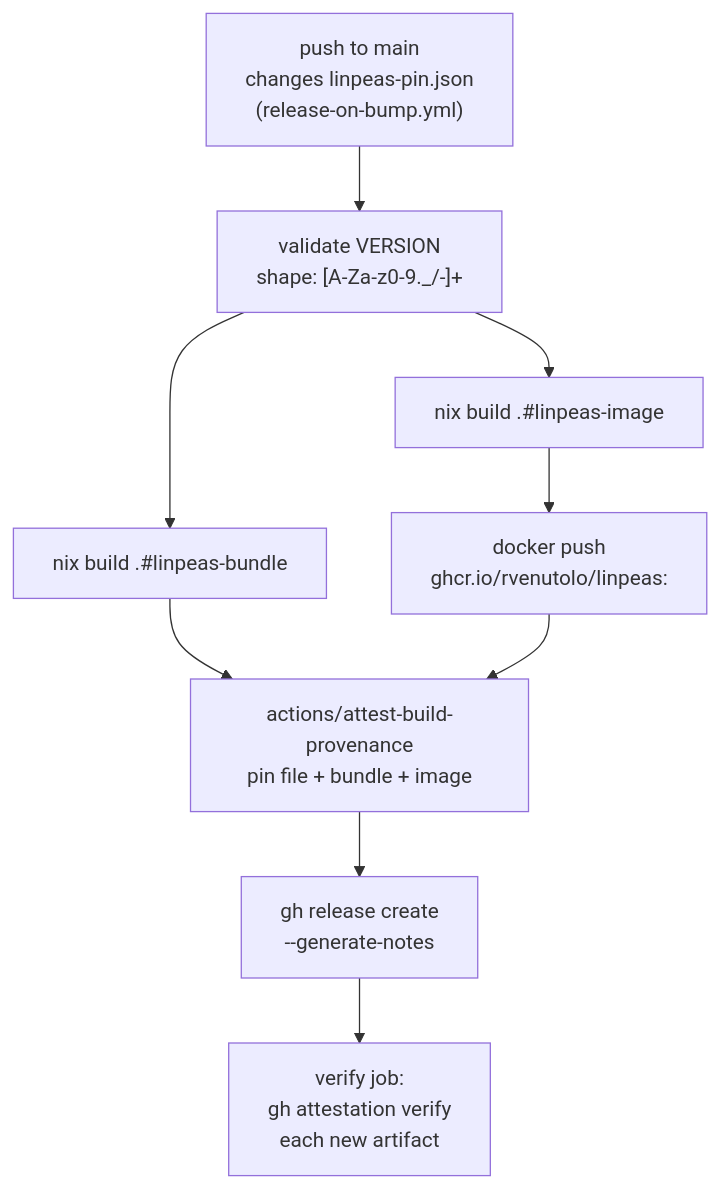
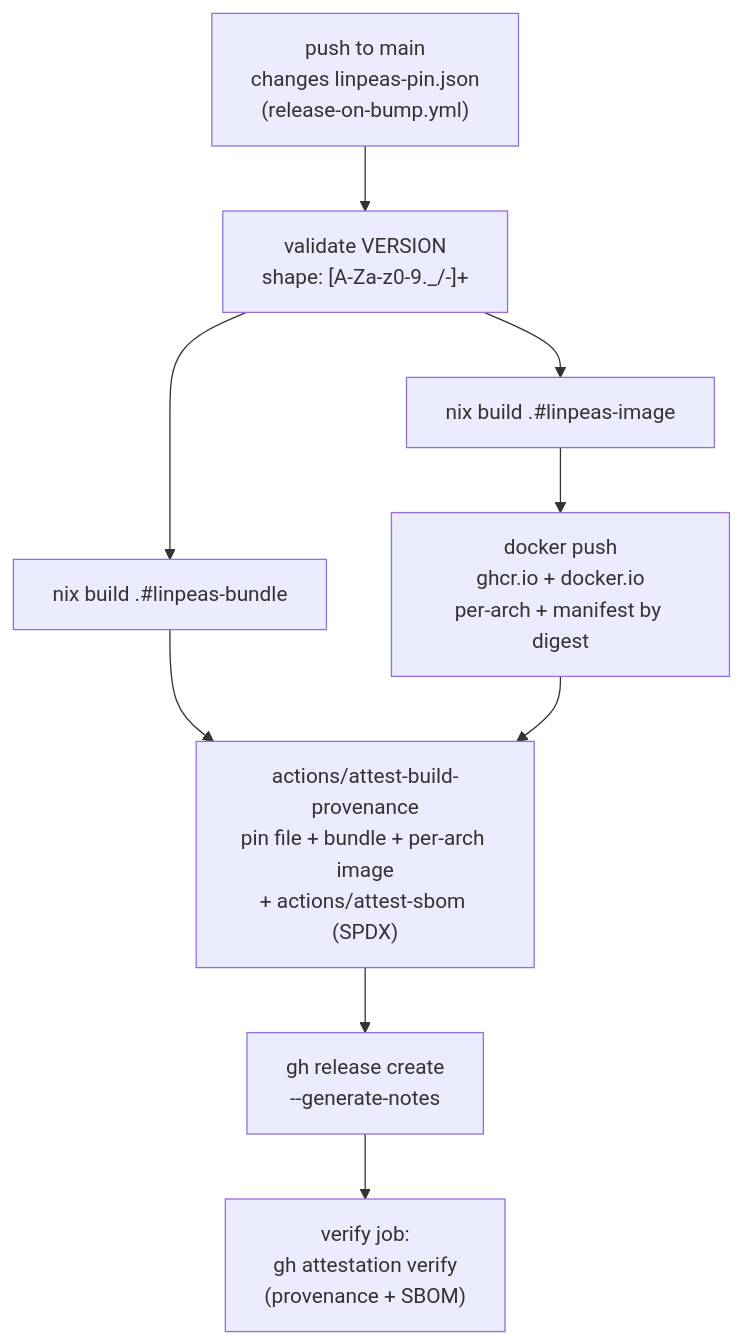
The second of 3 diagrams in docs/architecture/auto-update.md (rvenutolo/linPEAS-flake), drawn with Mermaid before and after one commit. The commit also changed other lines of this file and 3 other files, not shown here.

````diff
--- a/docs/architecture/auto-update.md
+++ b/docs/architecture/auto-update.md
@@ -28,17 +28,17 @@
 ```mermaid
 flowchart TD
   trigger["push to main<br/>changes linpeas-pin.json<br/>(release-on-bump.yml)"]
   validate["validate VERSION<br/>shape: [A-Za-z0-9._/-]+"]
   build_bundle["nix build .#linpeas-bundle"]
   build_image["nix build .#linpeas-image"]
-  push_image["docker push<br/>ghcr.io/rvenutolo/linpeas:<tag>"]
-  attest["actions/attest-build-provenance<br/>pin file + bundle + image"]
+  push_image["docker push<br/>ghcr.io + docker.io<br/>per-arch + manifest by digest"]
+  attest["actions/attest-build-provenance<br/>pin file + bundle + per-arch image<br/>+ actions/attest-sbom (SPDX)"]
   release["gh release create <tag><br/>--generate-notes"]
-  verify["verify job:<br/>gh attestation verify<br/>each new artifact"]
+  verify["verify job:<br/>gh attestation verify<br/>(provenance + SBOM)"]
 
   trigger --> validate --> build_bundle
   validate --> build_image --> push_image
   build_bundle --> attest
   push_image --> attest
   attest --> release --> verify
 ```
````
